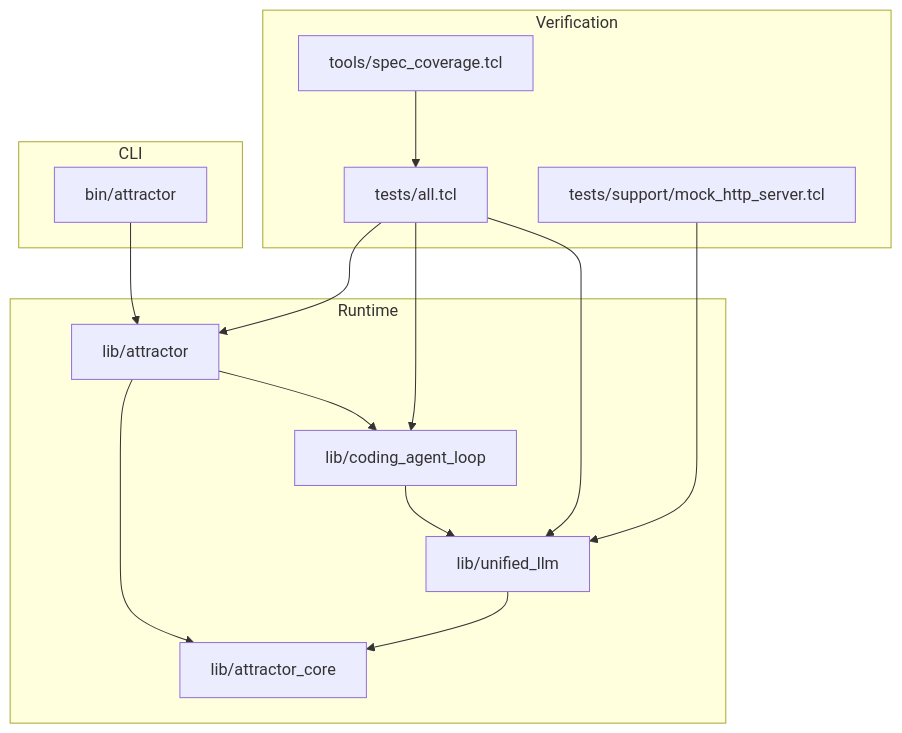
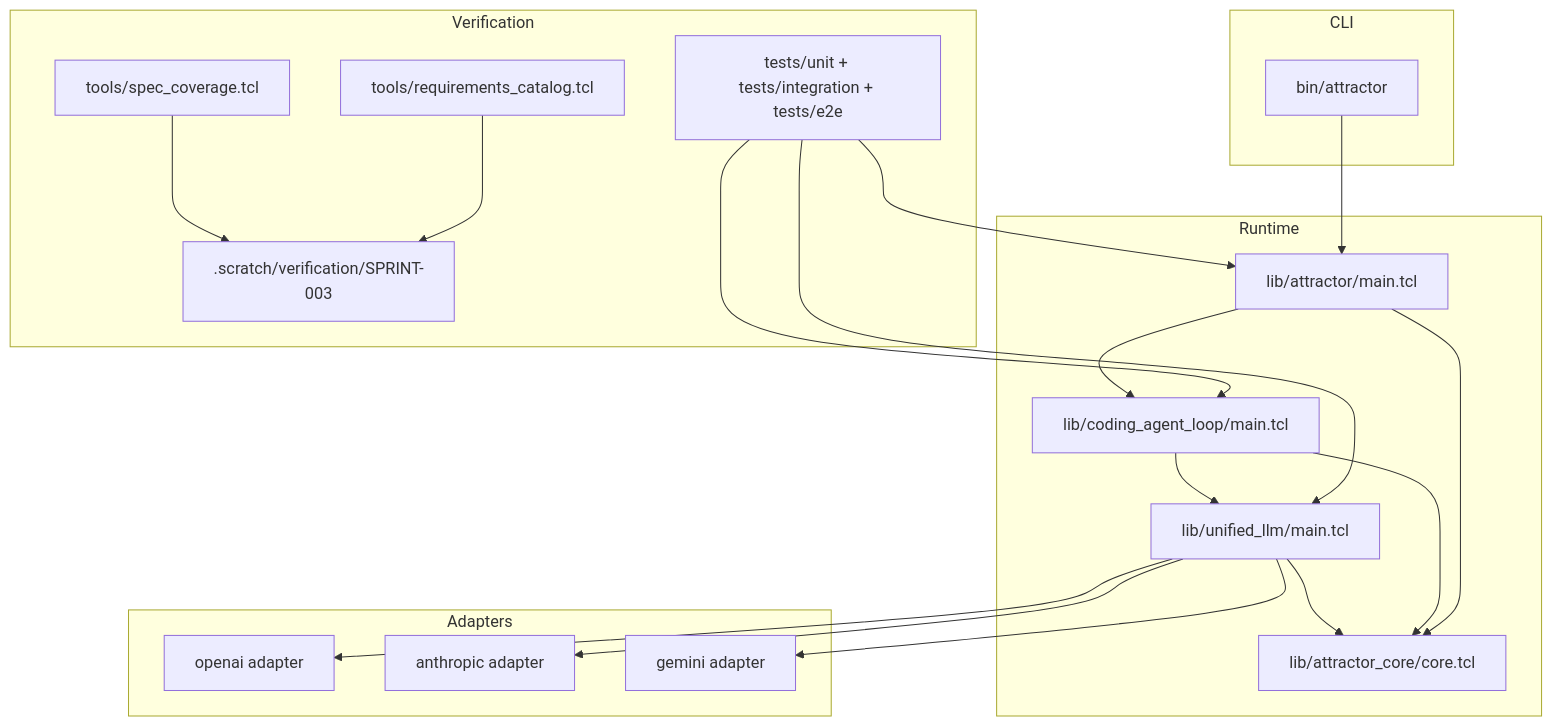
The fifth of 5 diagrams in docs/sprints/SPRINT-003-implementation-plan.md (jaytaylor/attractor-tcl), drawn with Mermaid before and after one commit. The commit also changed other lines of this file, not shown here.

Commit message:
docs: mark sprint 003 implementation plan complete with evidence

````diff
--- a/docs/sprints/SPRINT-003-implementation-plan.md
+++ b/docs/sprints/SPRINT-003-implementation-plan.md
@@ -1722,30 +855,42 @@
 ```mermaid
 flowchart TB
   subgraph CLI
     BIN[bin/attractor]
   end
 
   subgraph Runtime
-    ATR[lib/attractor]
-    CORE[lib/attractor_core]
-    CAL[lib/coding_agent_loop]
-    ULLM[lib/unified_llm]
+    ATRM[lib/attractor/main.tcl]
+    CALM[lib/coding_agent_loop/main.tcl]
+    ULLMM[lib/unified_llm/main.tcl]
+    CORE[lib/attractor_core/core.tcl]
+  end
+
+  subgraph Adapters
+    OA[openai adapter]
+    AN[anthropic adapter]
+    GE[gemini adapter]
   end
 
   subgraph Verification
-    TESTS[tests/all.tcl]
-    MOCK[tests/support/mock_http_server.tcl]
-    COVER[tools/spec_coverage.tcl]
+    TESTS[tests/unit + tests/integration + tests/e2e]
+    COV[tools/spec_coverage.tcl]
+    CAT[tools/requirements_catalog.tcl]
+    EVID[.scratch/verification/SPRINT-003]
   end
 
-  BIN --> ATR
-  ATR --> CORE
-  ATR --> CAL
-  CAL --> ULLM
-  ULLM --> CORE
-  TESTS --> ATR
-  TESTS --> CAL
-  TESTS --> ULLM
-  MOCK --> ULLM
-  COVER --> TESTS
+  BIN --> ATRM
+  ATRM --> CALM
+  CALM --> ULLMM
+  ULLMM --> OA
+  ULLMM --> AN
+  ULLMM --> GE
+  ULLMM --> CORE
+  CALM --> CORE
+  ATRM --> CORE
+
+  TESTS --> ATRM
+  TESTS --> CALM
+  TESTS --> ULLMM
+  COV --> EVID
+  CAT --> EVID
 ```
````
